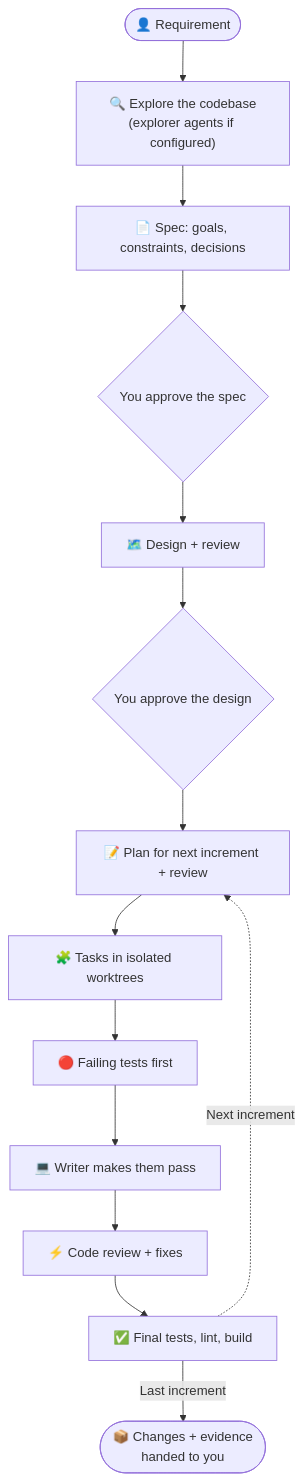
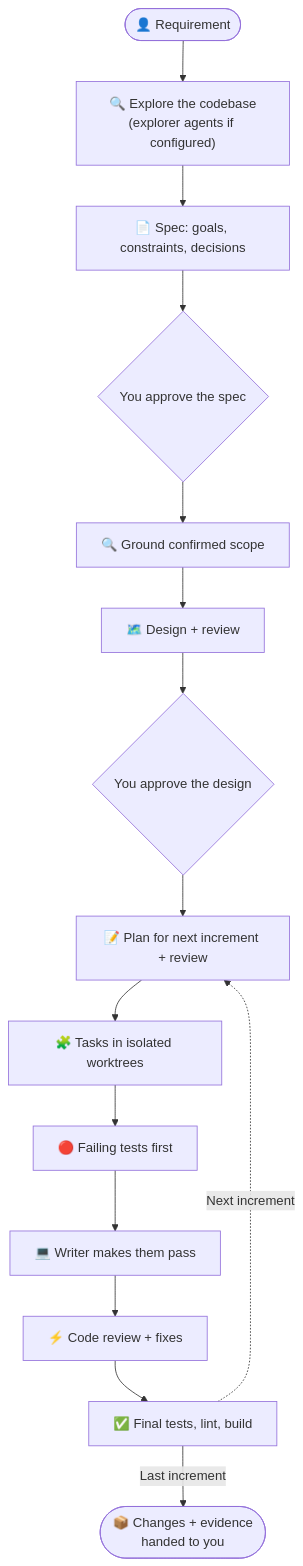
One commit to Gyunikuchan/dispatch-skills changed the diagram in README.md. Above: the diagram before and after it, drawn with Mermaid. The commit also changed 26 other files, not shown here.

````diff
--- a/README.md
+++ b/README.md
@@ -24,16 +24,17 @@
 ```mermaid
 flowchart TD
     User(["👤 Requirement"]) --> Ground["🔍 Explore the codebase<br/>(explorer agents if configured)"]
     Ground --> Spec["📄 Spec: goals, constraints, decisions"]
     Spec --> SpecGate{"You approve the spec"}
-    SpecGate --> Design["🗺️ Design + review"]
+    SpecGate --> ScopeGround["🔍 Ground confirmed scope"]
+    ScopeGround --> Design["🗺️ Design + review"]
     Design --> DesignGate{"You approve the design"}
     DesignGate --> Plan["📝 Plan for next increment + review"]
     Plan --> Tasks["🧩 Tasks in isolated worktrees"]
     Tasks --> Red["🔴 Failing tests first"]
     Red --> Green["💻 Writer makes them pass"]
     Green --> CodeReview["⚡ Code review + fixes"]
     CodeReview --> Final["✅ Final tests, lint, build"]
     Final -.->|Next increment| Plan
     Final -->|Last increment| Handoff(["📦 Changes + evidence<br/>handed to you"])
 ```
````
